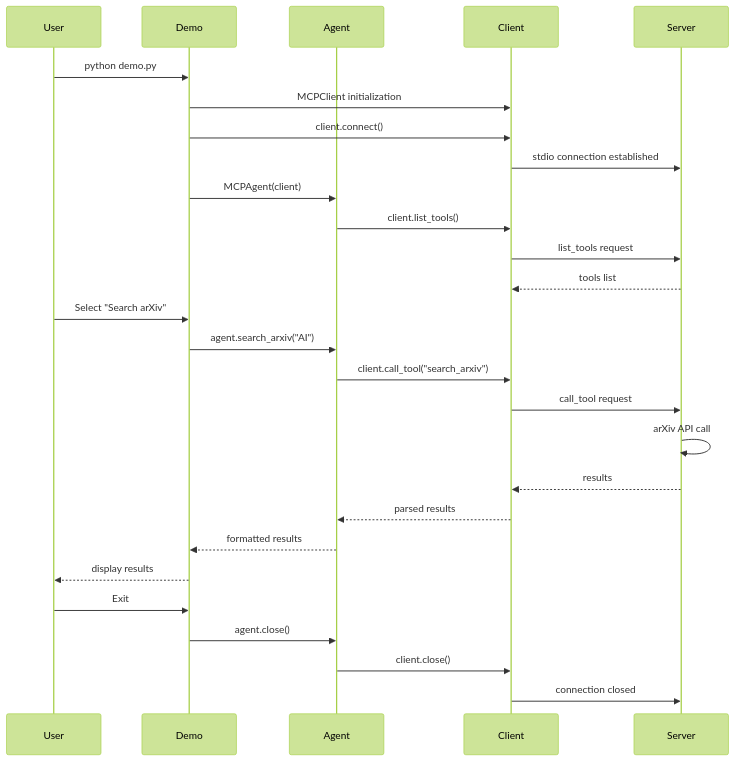
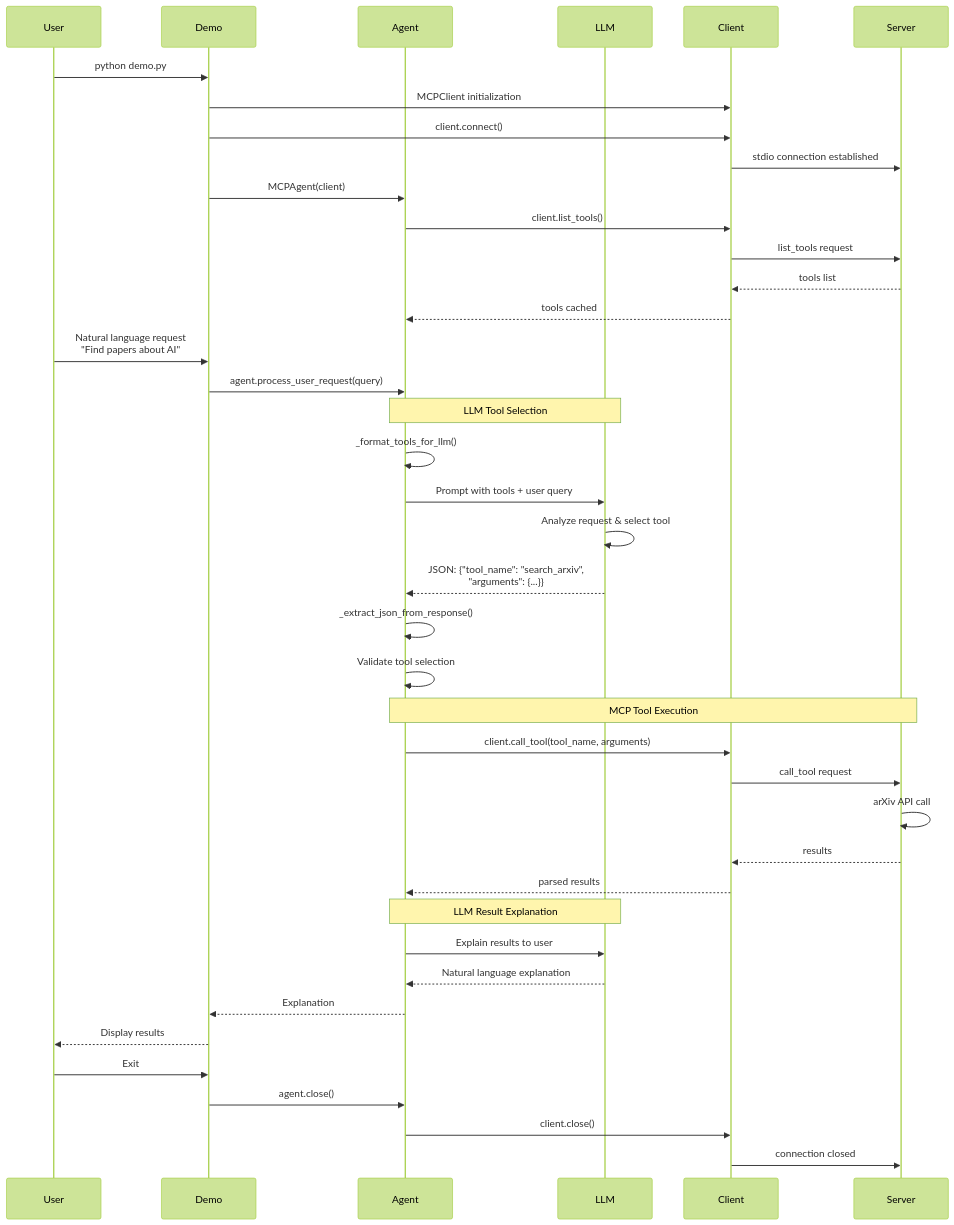
The first of 2 diagrams in README.md (backnumber19/arxiv-mcp-agent), drawn with Mermaid (forest theme) before and after one commit. The commit also changed other lines of this file and 4 other files, not shown here.

Commit message:
Provide LLM-powered tool selection & result postprocessing

````diff
--- a/README.md
+++ b/README.md
@@ -48,33 +48,49 @@
 ```mermaid
 sequenceDiagram
     participant User
     participant Demo
     participant Agent
+    participant LLM
     participant Client
     participant Server
 
     User->>Demo: python demo.py
     Demo->>Client: MCPClient initialization
     Demo->>Client: client.connect()
     Client->>Server: stdio connection established
     
     Demo->>Agent: MCPAgent(client)
     Agent->>Client: client.list_tools()
     Client->>Server: list_tools request
     Server-->>Client: tools list
+    Client-->>Agent: tools cached
     
-    User->>Demo: Select "Search arXiv"
-    Demo->>Agent: agent.search_arxiv("AI")
-    Agent->>Client: client.call_tool("search_arxiv")
+    User->>Demo: Natural language request<br/>"Find papers about AI"
+    Demo->>Agent: agent.process_user_request(query)
+    
+    Note over Agent,LLM: LLM Tool Selection
+    Agent->>Agent: _format_tools_for_llm()
+    Agent->>LLM: Prompt with tools + user query
+    LLM->>LLM: Analyze request & select tool
+    LLM-->>Agent: JSON: {"tool_name": "search_arxiv",<br/>"arguments": {...}}
+    Agent->>Agent: _extract_json_from_response()
+    Agent->>Agent: Validate tool selection
+    
+    Note over Agent,Server: MCP Tool Execution
+    Agent->>Client: client.call_tool(tool_name, arguments)
     Client->>Server: call_tool request
     Server->>Server: arXiv API call
     Server-->>Client: results
     Client-->>Agent: parsed results
-    Agent-->>Demo: formatted results
-    Demo-->>User: display results
+    
+    Note over Agent,LLM: LLM Result Explanation
+    Agent->>LLM: Explain results to user
+    LLM-->>Agent: Natural language explanation
+    Agent-->>Demo: Explanation
+    Demo-->>User: Display results
     
     User->>Demo: Exit
     Demo->>Agent: agent.close()
     Agent->>Client: client.close()
     Client->>Server: connection closed
 ```
````
